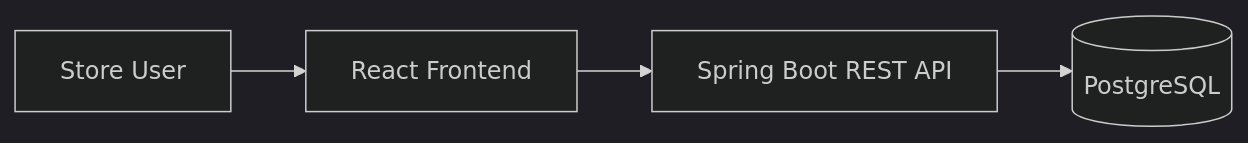
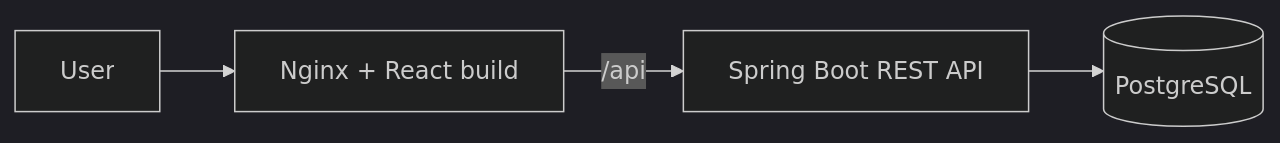
One commit to AngelicaGuerOl/pos-system changed the diagram in README.md. Above: the diagram before and after it, drawn with Mermaid (dark theme). The commit also changed other lines of this file and 19 other files, not shown here.

````diff
--- a/README.md
+++ b/README.md
@@ -99,6 +120,6 @@
 ```mermaid
 flowchart LR
-    User[Store User] --> Frontend[React Frontend]
-    Frontend --> Backend[Spring Boot REST API]
+    User[User] --> Nginx[Nginx + React build]
+    Nginx -->|/api| Backend[Spring Boot REST API]
     Backend --> Database[(PostgreSQL)]
 ```
````
